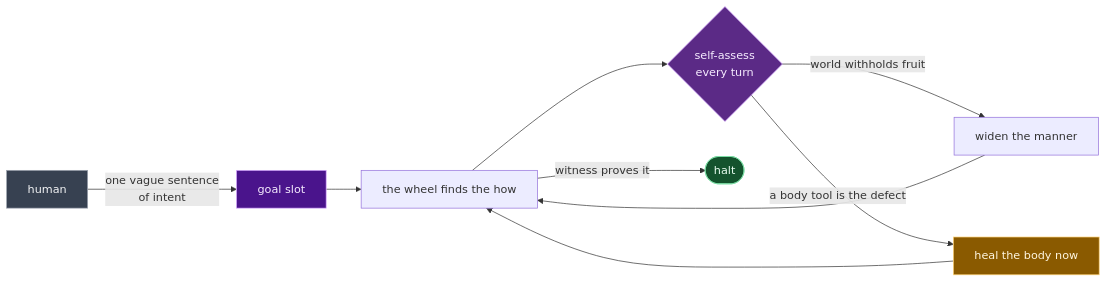
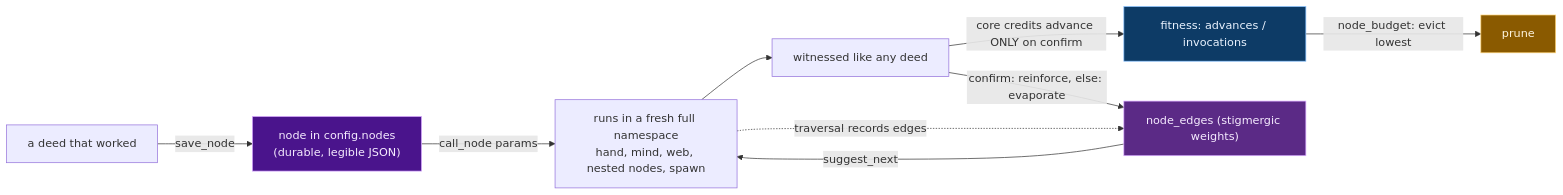
One commit to wgabrys88/endgame-ai changed the eighth of 10 diagrams in README.md. Above: the diagram before and after it, drawn with Mermaid. The commit also changed other lines of this file, not shown here.

````diff
--- a/README.md
+++ b/README.md
@@ -337,16 +252,15 @@
 ```mermaid
 flowchart LR
-    H["human"] -->|"one vague sentence<br/>of intent"| G["goal slot"]
-    G --> W["the wheel finds the how"]
-    W --> SA{"self-assess<br/>every turn"}
-    SA -->|world withholds fruit| WIDEN["widen the manner"]
-    SA -->|a body tool is the defect| HEAL["heal the body now"]
-    WIDEN --> W
-    HEAL --> W
-    W -->|witness proves it| DONE([halt])
-    style H fill:#374151,stroke:#9ca3af,color:#f3f4f6
-    style G fill:#4a148c,stroke:#d7a9ff,color:#f6ecff
-    style SA fill:#5b2a86,stroke:#d7a9ff,color:#f6ecff
-    style HEAL fill:#8a5a00,stroke:#ffd479,color:#fff6e0
-    style DONE fill:#14532d,stroke:#7be0a6,color:#eafff2
+    D["a deed that worked"] -->|save_node| N["node in config.nodes<br/>(durable, legible JSON)"]
+    N -->|call_node params| R["runs in a fresh full namespace<br/>hand, mind, web, nested nodes, spawn"]
+    R --> W["witnessed like any deed"]
+    W -->|core credits advance ONLY on confirm| F["fitness: advances / invocations"]
+    R -.->|traversal records edges| G["node_edges (stigmergic weights)"]
+    W -->|confirm: reinforce, else: evaporate| G
+    G -->|suggest_next| R
+    F -->|node_budget: evict lowest| P["prune"]
+    style N fill:#4a148c,stroke:#d7a9ff,color:#f6ecff
+    style F fill:#0d3b66,stroke:#87c1ff,color:#eaf3ff
+    style G fill:#5b2a86,stroke:#d7a9ff,color:#f6ecff
+    style P fill:#8a5a00,stroke:#ffd479,color:#fff6e0
 ```
````
